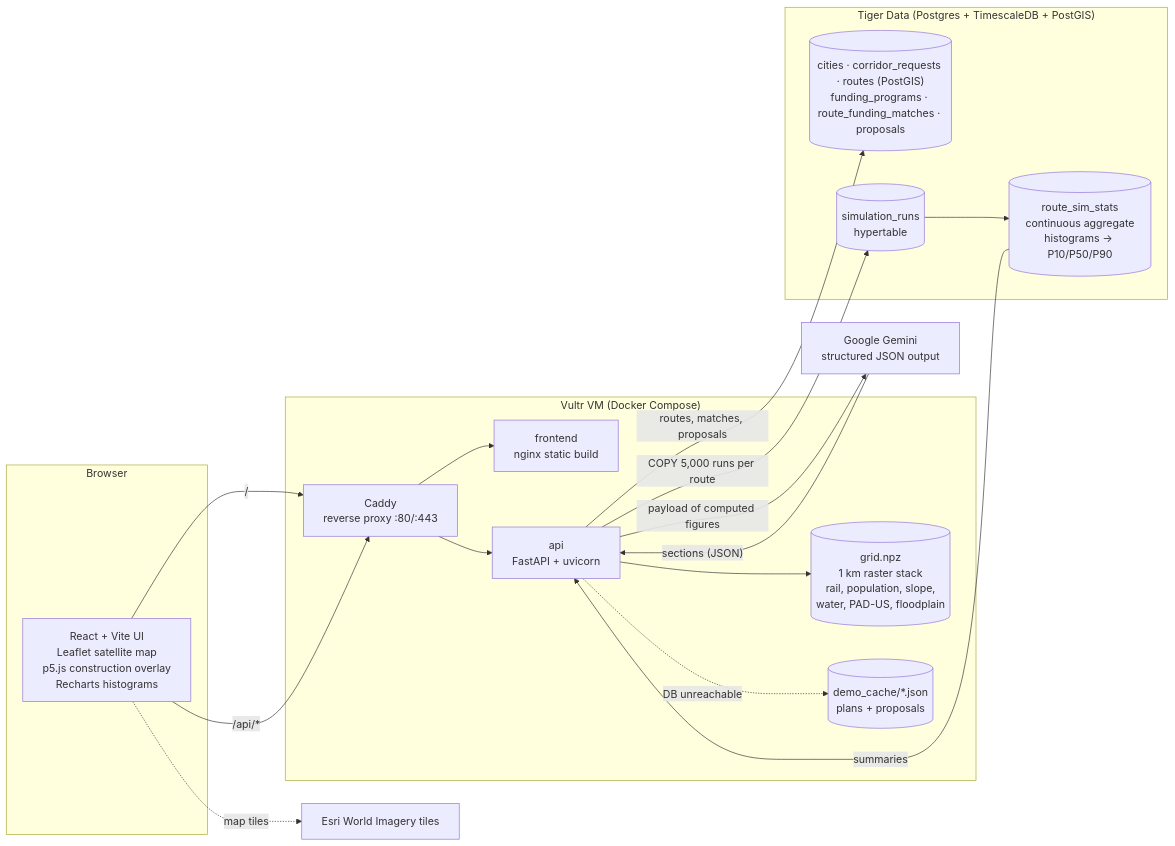
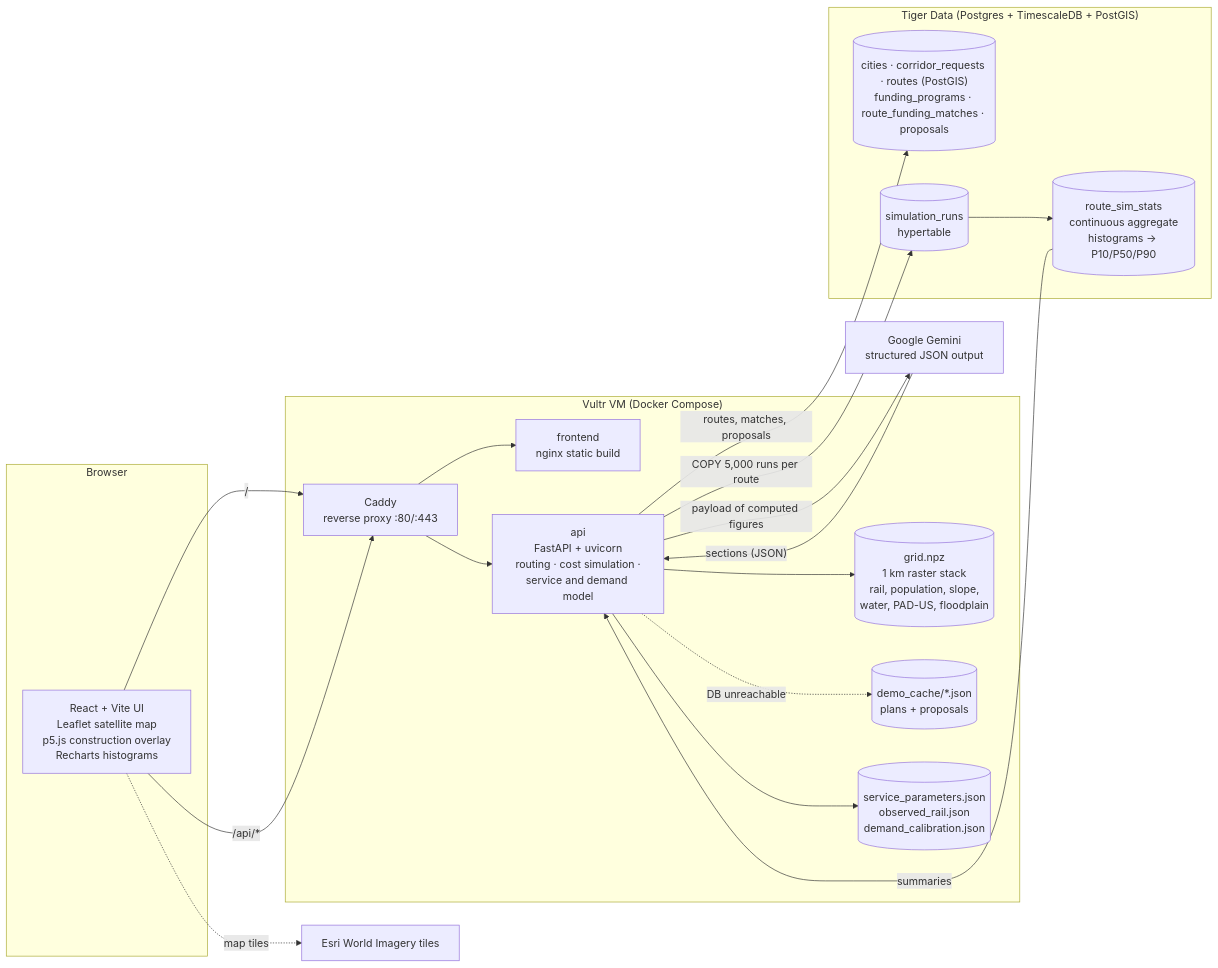
The diagram in README.md (hbd9577/railplanner), drawn with Mermaid before and after one commit. The commit also changed other lines of this file and 5 other files, not shown here.

Commit message:
README: current layout and theme, service model, data sources, server-side cache rebuild, new screenshots

````diff
--- a/README.md
+++ b/README.md
@@ -64,34 +74,36 @@
 ```mermaid
 flowchart LR
   subgraph Browser
     UI["React + Vite UI<br/>Leaflet satellite map<br/>p5.js construction overlay<br/>Recharts histograms"]
   end
 
   subgraph VM["Vultr VM (Docker Compose)"]
     Caddy["Caddy<br/>reverse proxy :80/:443"]
     Web["frontend<br/>nginx static build"]
-    API["api<br/>FastAPI + uvicorn"]
+    API["api<br/>FastAPI + uvicorn<br/>routing · cost simulation ·<br/>service and demand model"]
     Grid[("grid.npz<br/>1 km raster stack<br/>rail, population, slope,<br/>water, PAD-US, floodplain")]
     Cache[("demo_cache/*.json<br/>plans + proposals")]
+    Params[("service_parameters.json<br/>observed_rail.json<br/>demand_calibration.json")]
   end
 
   subgraph Tiger["Tiger Data (Postgres + TimescaleDB + PostGIS)"]
     Tables[("cities · corridor_requests · routes (PostGIS)<br/>funding_programs · route_funding_matches · proposals")]
     Hyper[("simulation_runs<br/>hypertable")]
     Cagg[("route_sim_stats<br/>continuous aggregate<br/>histograms → P10/P50/P90")]
   end
 
   Gemini["Google Gemini<br/>structured JSON output"]
   Tiles["Esri World Imagery tiles"]
 
   UI -- "/" --> Caddy --> Web
   UI -- "/api/*" --> Caddy --> API
   UI -. map tiles .-> Tiles
   API --> Grid
+  API --> Params
   API -- "routes, matches, proposals" --> Tables
   API -- "COPY 5,000 runs per route" --> Hyper --> Cagg
   Cagg -- "summaries" --> API
   API -- "payload of computed figures" --> Gemini
   Gemini -- "sections (JSON)" --> API
   API -. "DB unreachable" .-> Cache
 ```
````
